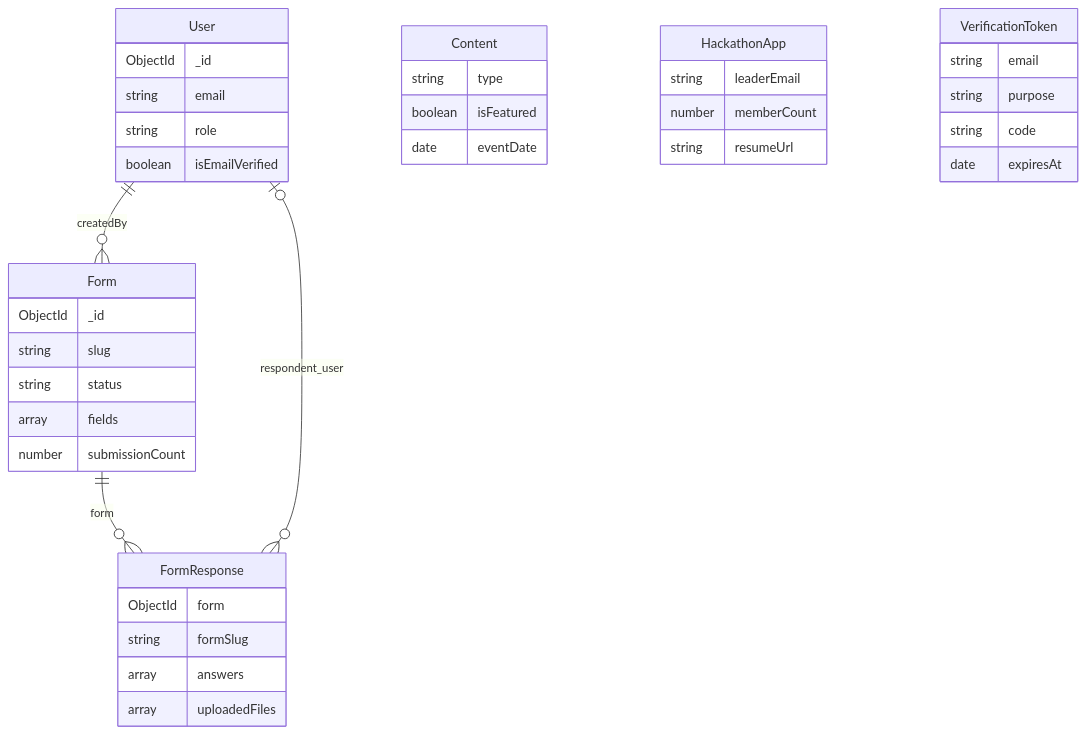
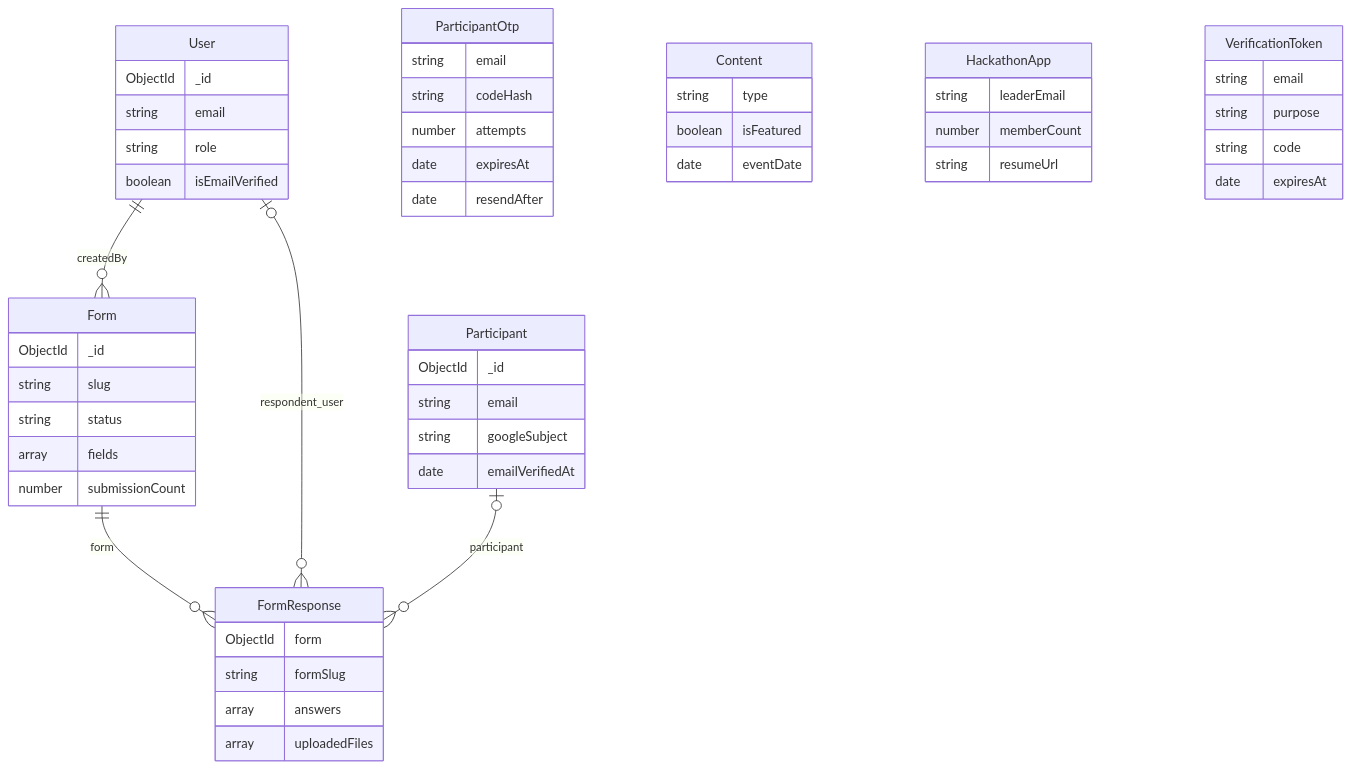
Before and after one commit to GDGonCampusPAU/GDG-On-Campus-Web: the diagram in documents/DATABASE.md, drawn with Mermaid. The commit also changed other lines of this file and 11 other files, not shown here.

Commit message:
docs: update architecture API and participant verification guides

````diff
--- a/documents/DATABASE.md
+++ b/documents/DATABASE.md
@@ -9,41 +9,55 @@
 ```mermaid
 erDiagram
     User ||--o{ Form : createdBy
     Form ||--o{ FormResponse : form
     User o|--o{ FormResponse : respondent_user
+    Participant o|--o{ FormResponse : participant
+    Participant {
+        ObjectId _id
+        string email
+        string googleSubject
+        date emailVerifiedAt
+    }
+    ParticipantOtp {
+        string email
+        string codeHash
+        number attempts
+        date expiresAt
+        date resendAfter
+    }
     User {
         ObjectId _id
         string email
         string role
         boolean isEmailVerified
     }
     Form {
         ObjectId _id
         string slug
         string status
         array fields
         number submissionCount
     }
     FormResponse {
         ObjectId form
         string formSlug
         array answers
         array uploadedFiles
     }
     Content {
         string type
         boolean isFeatured
         date eventDate
     }
     HackathonApp {
         string leaderEmail
         number memberCount
         string resumeUrl
     }
     VerificationToken {
         string email
         string purpose
         string code
         date expiresAt
     }
 ```
````
